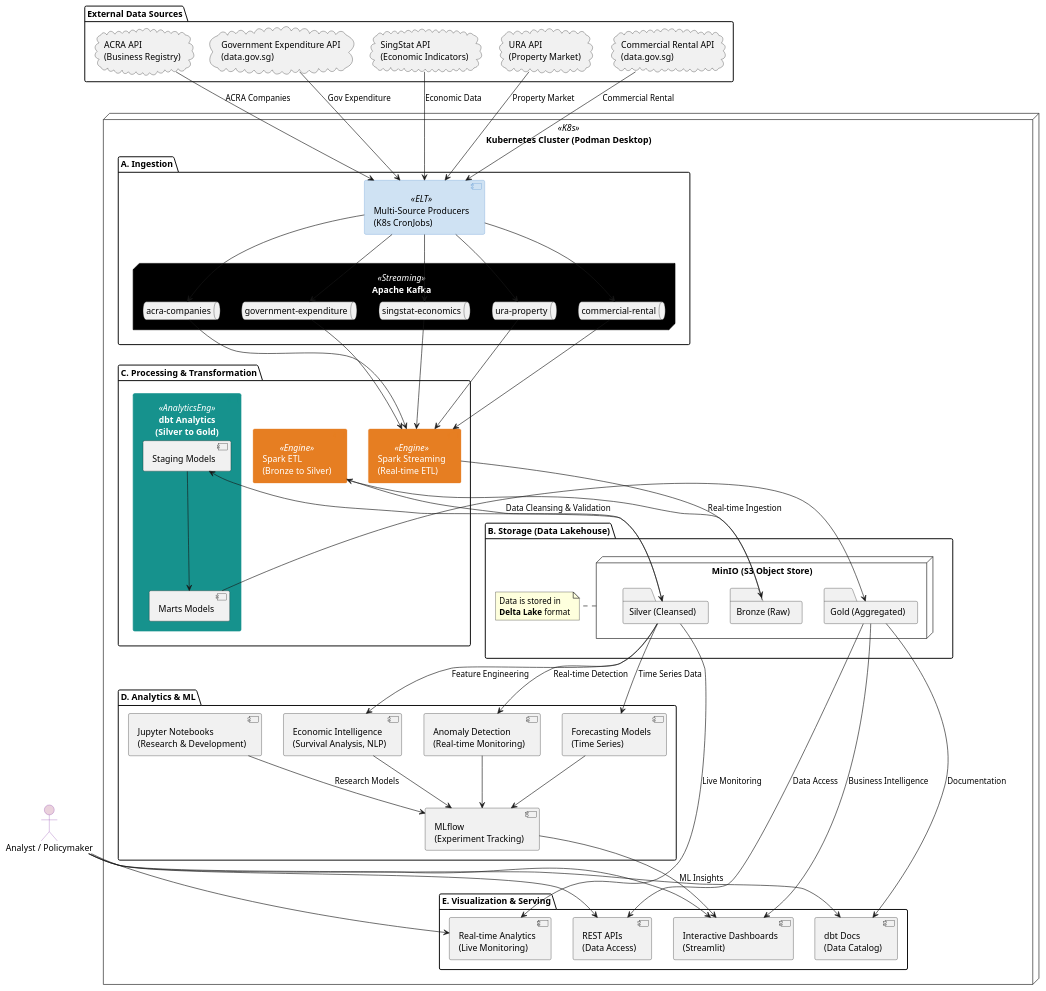
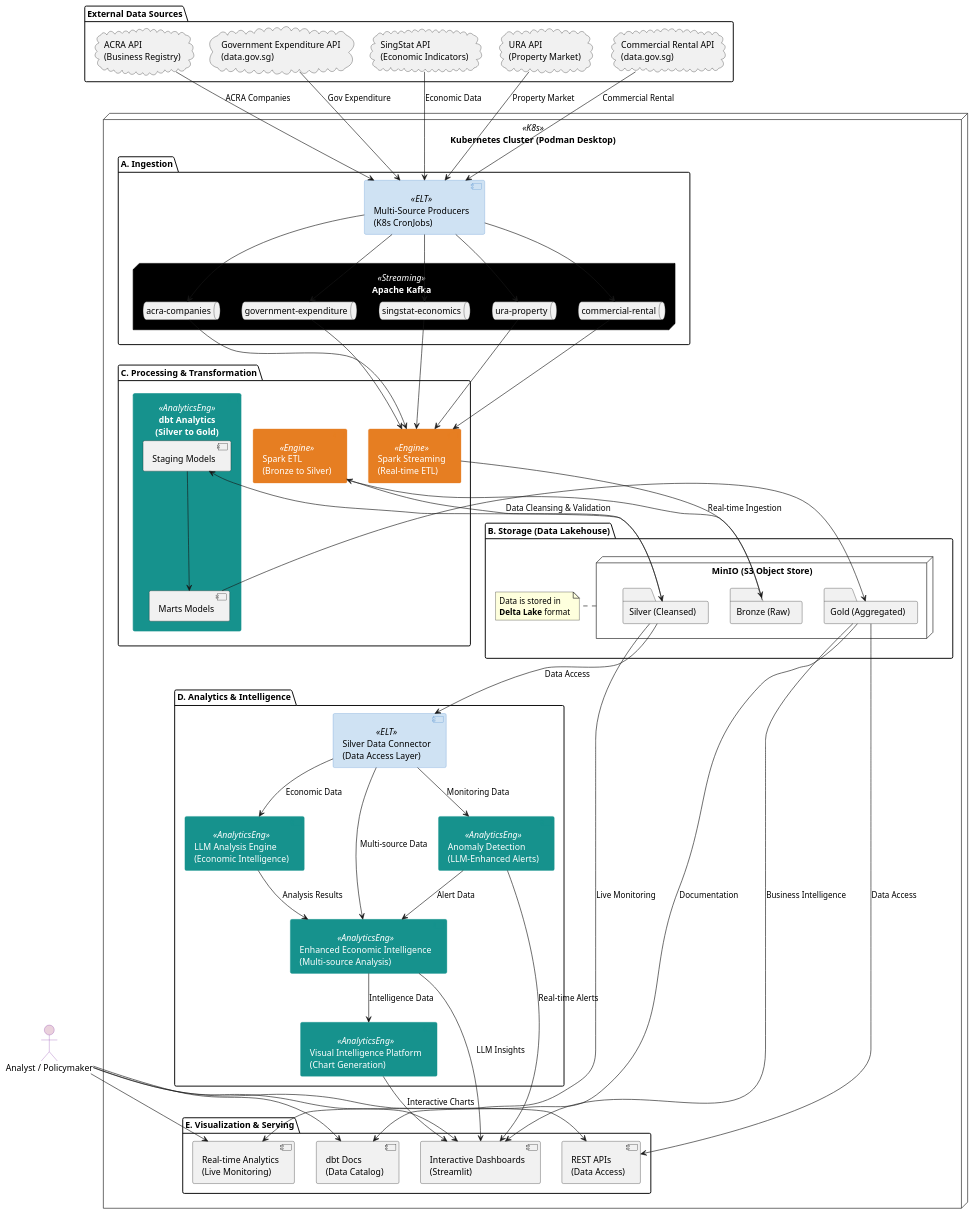
One commit to NUS-ISS-Projects/bigData changed the diagram in architectureDiagram.puml. Above: the diagram before and after it, drawn with PlantUML. The commit also changed 4 other files, not shown here.

First line of the commit message:
feat(diagrams): add detailed class and deployment architecture diagrams

```diff
--- a/architectureDiagram.puml
+++ b/architectureDiagram.puml
@@ -1,149 +1,151 @@
 @startuml
 
 skinparam componentStyle uml2
 skinparam rectangle<<K8s>> {
   StereotypeFontColor #FFFFFF
   FontColor #FFFFFF
   BackgroundColor #3367d6
   BorderColor #3367d6
 }
 skinparam node<<Streaming>> {
   StereotypeFontColor #FFFFFF
   FontColor #FFFFFF
   BackgroundColor #000000
   BorderColor #000000
 }
 skinparam component<<ELT>> {
   StereotypeFontColor #000000
   BackgroundColor #CFE2F3
   BorderColor #6098D1
 }
 skinparam component<<Engine>> {
   StereotypeFontColor #FFFFFF
   FontColor #FFFFFF
   BackgroundColor #E67E22
   BorderColor #E67E22
 }
 skinparam component<<AnalyticsEng>> {
   StereotypeFontColor #FFFFFF
   FontColor #FFFFFF
   BackgroundColor #16928D
   BorderColor #16928D
 }
 skinparam node<<Lakehouse>> {
   StereotypeFontColor #000000
   BackgroundColor #FCE5CD
   BorderColor #E67E22
 }
 skinparam actor {
   BackgroundColor #EAD1DC
   BorderColor #8E44AD
 }
 
 actor "Analyst / Policymaker" as user
 
 package "External Data Sources" {
   cloud "ACRA API\n(Business Registry)" as source_acra
   cloud "Government Expenditure API\n(data.gov.sg)" as source_gov
   cloud "SingStat API\n(Economic Indicators)" as source_singstat
   cloud "URA API\n(Property Market)" as source_ura
   cloud "Commercial Rental API\n(data.gov.sg)" as source_rental
 }
 
 node "Kubernetes Cluster (Podman Desktop)" <<K8s>> {
   package "A. Ingestion" {
     component "Multi-Source Producers\n(K8s CronJobs)" as producers <<ELT>>
     node "Apache Kafka" as kafka <<Streaming>> {
       queue "acra-companies" as topic_acra
       queue "government-expenditure" as topic_gov
       queue "singstat-economics" as topic_singstat
       queue "ura-property" as topic_ura
       queue "commercial-rental" as topic_rental
     }
   }
 
   package "B. Storage (Data Lakehouse)" {
     node "MinIO (S3 Object Store)" as minio {
       folder "Bronze (Raw)" as bronze
       folder "Silver (Cleansed)" as silver
       folder "Gold (Aggregated)" as gold
     }
     note right of minio
       Data is stored in
       **Delta Lake** format
     end note
   }
 
   package "C. Processing & Transformation" {
     component "Spark Streaming\n(Real-time ETL)" as spark_streaming <<Engine>>
     component "Spark ETL\n(Bronze to Silver)" as spark_etl <<Engine>>
     component "dbt Analytics\n(Silver to Gold)" as dbt <<AnalyticsEng>> {
       component "Staging Models" as dbt_staging
       component "Marts Models" as dbt_marts
     }
   }
 
-  package "D. Analytics & ML" {
-    component "Economic Intelligence\n(Survival Analysis, NLP)" as ml_economic
-    component "Anomaly Detection\n(Real-time Monitoring)" as ml_anomaly
-    component "Forecasting Models\n(Time Series)" as ml_forecast
-    component "MLflow\n(Experiment Tracking)" as mlflow
-    component "Jupyter Notebooks\n(Research & Development)" as jupyter
+  package "D. Analytics & Intelligence" {
+    component "LLM Analysis Engine\n(Economic Intelligence)" as llm_engine <<AnalyticsEng>>
+    component "Enhanced Economic Intelligence\n(Multi-source Analysis)" as enhanced_intel <<AnalyticsEng>>
+    component "Visual Intelligence Platform\n(Chart Generation)" as visual_intel <<AnalyticsEng>>
+    component "Anomaly Detection\n(LLM-Enhanced Alerts)" as anomaly_detection <<AnalyticsEng>>
+    component "Silver Data Connector\n(Data Access Layer)" as data_connector <<ELT>>
   }
 
   package "E. Visualization & Serving" {
     component "Interactive Dashboards\n(Streamlit)" as dashboard
     component "REST APIs\n(Data Access)" as rest_api
     component "dbt Docs\n(Data Catalog)" as dbt_docs
     component "Real-time Analytics\n(Live Monitoring)" as realtime_viz
   }
 }
 
 ' --- Data Flows ---
 source_acra --> producers : "ACRA Companies"
 source_gov --> producers : "Gov Expenditure"
 source_singstat --> producers : "Economic Data"
 source_ura --> producers : "Property Market"
 source_rental --> producers : "Commercial Rental"
 
 producers --> topic_acra
 producers --> topic_gov
 producers --> topic_singstat
 producers --> topic_ura
 producers --> topic_rental
 
 topic_acra --> spark_streaming
 topic_gov --> spark_streaming
 topic_singstat --> spark_streaming
 topic_ura --> spark_streaming
 topic_rental --> spark_streaming
 
 spark_streaming --> bronze : "Real-time Ingestion"
 spark_etl --> silver : "Data Cleansing & Validation"
 bronze --> spark_etl
 
 dbt_staging --> dbt_marts
 silver --> dbt_staging
 dbt_marts --> gold
 
-silver --> ml_economic : "Feature Engineering"
-silver --> ml_anomaly : "Real-time Detection"
-silver --> ml_forecast : "Time Series Data"
+silver --> data_connector : "Data Access"
+data_connector --> llm_engine : "Economic Data"
+data_connector --> enhanced_intel : "Multi-source Data"
+data_connector --> anomaly_detection : "Monitoring Data"
 
-ml_economic --> mlflow
-ml_anomaly --> mlflow
-ml_forecast --> mlflow
+llm_engine --> enhanced_intel : "Analysis Results"
+enhanced_intel --> visual_intel : "Intelligence Data"
+anomaly_detection --> enhanced_intel : "Alert Data"
 
 gold --> dashboard : "Business Intelligence"
 gold --> rest_api : "Data Access"
 gold --> dbt_docs : "Documentation"
 silver --> realtime_viz : "Live Monitoring"
 
-mlflow --> dashboard : "ML Insights"
-jupyter --> mlflow : "Research Models"
+enhanced_intel --> dashboard : "LLM Insights"
+visual_intel --> dashboard : "Interactive Charts"
+anomaly_detection --> dashboard : "Real-time Alerts"
 
 user --> dashboard
 user --> rest_api
 user --> dbt_docs
 user --> realtime_viz
 @enduml
```
